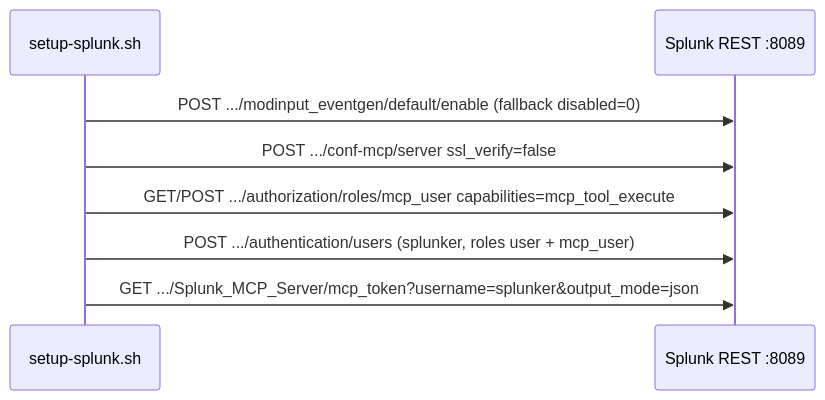
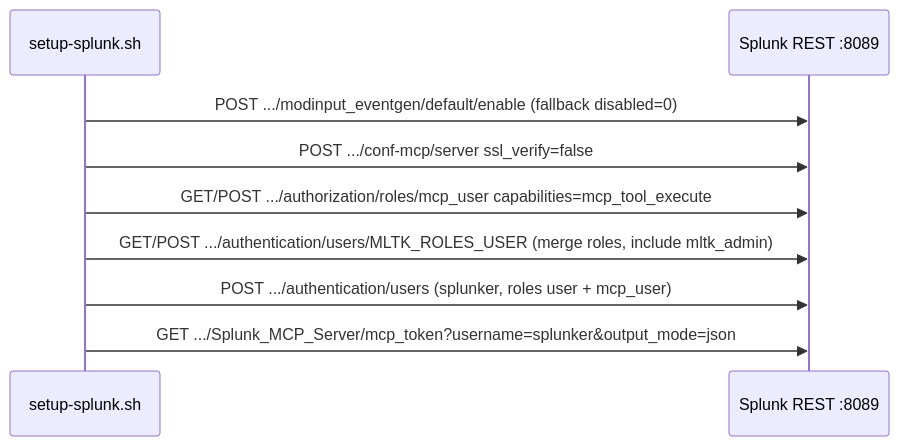
Before and after one commit to dd-Splunk/splunk-mcp: the third of 3 diagrams in docs/SETUP_SPLUNK_SCRIPT.md, drawn with Mermaid. The commit also changed other lines of this file and 9 other files, not shown here.

````diff
--- a/docs/SETUP_SPLUNK_SCRIPT.md
+++ b/docs/SETUP_SPLUNK_SCRIPT.md
@@ -91,10 +94,11 @@
 ```mermaid
 sequenceDiagram
   participant S as setup-splunk.sh
   participant API as Splunk REST :8089
   S->>API: POST .../modinput_eventgen/default/enable (fallback disabled=0)
   S->>API: POST .../conf-mcp/server ssl_verify=false
   S->>API: GET/POST .../authorization/roles/mcp_user capabilities=mcp_tool_execute
+  S->>API: GET/POST .../authentication/users/MLTK_ROLES_USER (merge roles, include mltk_admin)
   S->>API: POST .../authentication/users (splunker, roles user + mcp_user)
   S->>API: GET .../Splunk_MCP_Server/mcp_token?username=splunker&output_mode=json
 ```
````
